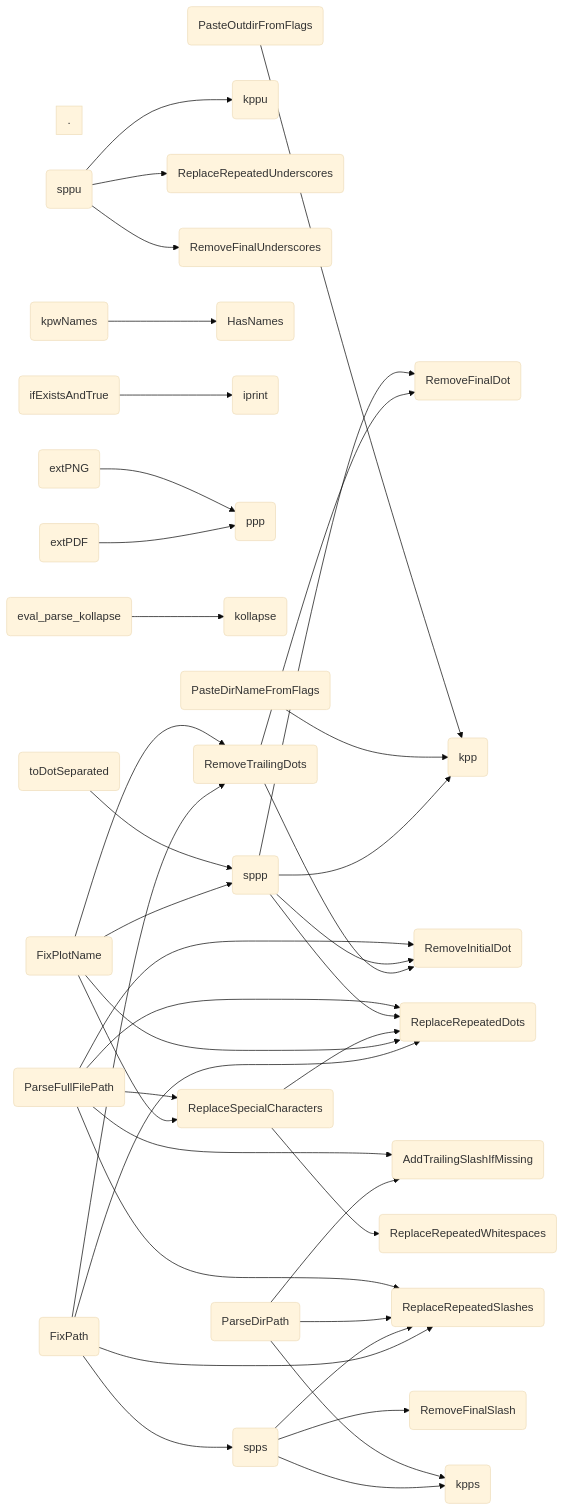
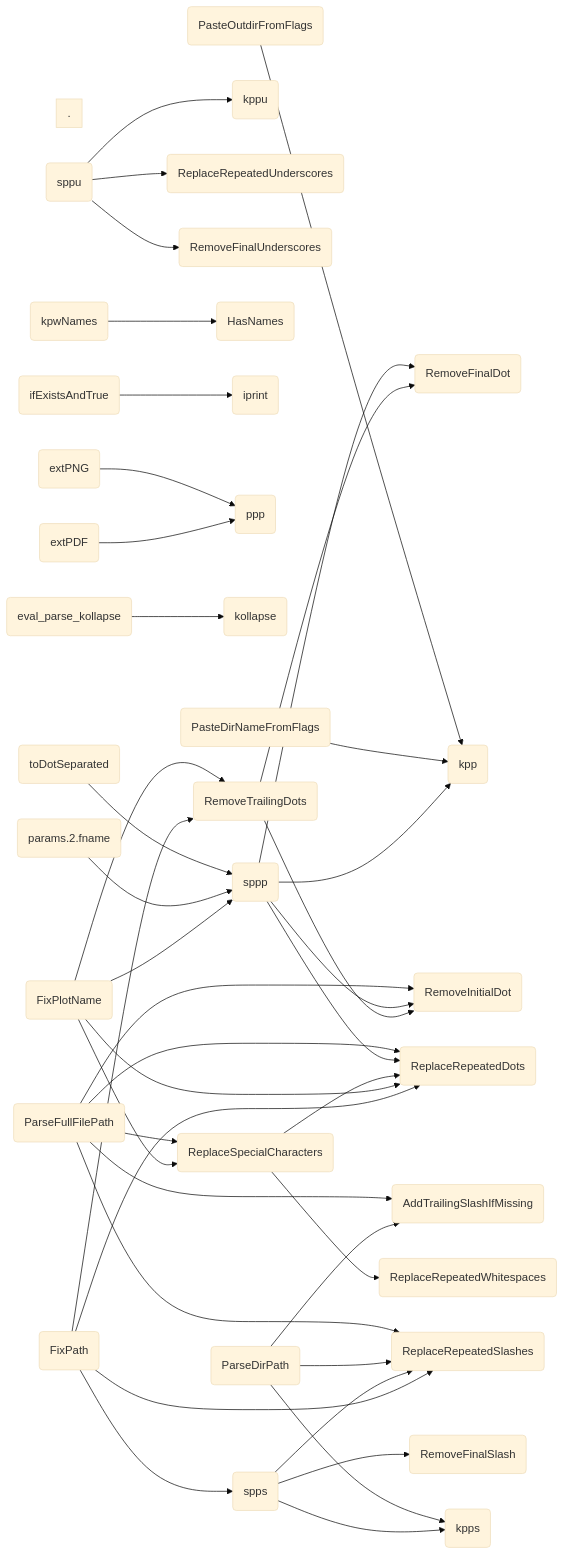
Before and after one commit to vertesy/Stringendo: the diagram in Development/Dependencies.Mermaid.md, drawn with Mermaid (base theme). The commit also changed 4 other files, not shown here.

First line of the commit message:
Restore params.2.fname() with the name-recovery fix and export

````diff
--- a/Development/Dependencies.Mermaid.md
+++ b/Development/Dependencies.Mermaid.md
@@ -3,45 +3,46 @@
 ```mermaid
  flowchart LR 
 
   toDotSeparated(toDotSeparated) --> sppp(sppp)
   sppu(sppu) --> kppu(kppu)
   sppu(sppu) --> ReplaceRepeatedUnderscores(ReplaceRepeatedUnderscores)
   sppu(sppu) --> RemoveFinalUnderscores(RemoveFinalUnderscores)
+  params.2.fname(params.2.fname) --> sppp(sppp)
   kpwNames(kpwNames) --> HasNames(HasNames)
   ifExistsAndTrue(ifExistsAndTrue) --> iprint(iprint)
   extPNG(extPNG) --> ppp(ppp)
   extPDF(extPDF) --> ppp(ppp)
   eval_parse_kollapse(eval_parse_kollapse) --> kollapse(kollapse)
   PasteOutdirFromFlags(PasteOutdirFromFlags) --> kpp(kpp)
   PasteDirNameFromFlags(PasteDirNameFromFlags) --> kpp(kpp)
   ParseFullFilePath(ParseFullFilePath) --> RemoveInitialDot(RemoveInitialDot)
   ParseFullFilePath(ParseFullFilePath) --> AddTrailingSlashIfMissing(AddTrailingSlashIfMissing)
   ParseFullFilePath(ParseFullFilePath) --> ReplaceSpecialCharacters(ReplaceSpecialCharacters)
   ParseFullFilePath(ParseFullFilePath) --> ReplaceRepeatedSlashes(ReplaceRepeatedSlashes)
   ParseFullFilePath(ParseFullFilePath) --> ReplaceRepeatedDots(ReplaceRepeatedDots)
   ParseDirPath(ParseDirPath) --> kpps(kpps)
   ParseDirPath(ParseDirPath) --> AddTrailingSlashIfMissing(AddTrailingSlashIfMissing)
   ParseDirPath(ParseDirPath) --> ReplaceRepeatedSlashes(ReplaceRepeatedSlashes)
   sppp(sppp) --> RemoveFinalDot(RemoveFinalDot)
   sppp(sppp) --> kpp(kpp)
   sppp(sppp) --> RemoveInitialDot(RemoveInitialDot)
   sppp(sppp) --> ReplaceRepeatedDots(ReplaceRepeatedDots)
   ReplaceSpecialCharacters(ReplaceSpecialCharacters) --> ReplaceRepeatedWhitespaces(ReplaceRepeatedWhitespaces)
   ReplaceSpecialCharacters(ReplaceSpecialCharacters) --> ReplaceRepeatedDots(ReplaceRepeatedDots)
   FixPlotName(FixPlotName) --> sppp(sppp)
   FixPlotName(FixPlotName) --> ReplaceSpecialCharacters(ReplaceSpecialCharacters)
   FixPlotName(FixPlotName) --> ReplaceRepeatedDots(ReplaceRepeatedDots)
   FixPlotName(FixPlotName) --> RemoveTrailingDots(RemoveTrailingDots)
   spps(spps) --> RemoveFinalSlash(RemoveFinalSlash)
   spps(spps) --> kpps(kpps)
   spps(spps) --> ReplaceRepeatedSlashes(ReplaceRepeatedSlashes)
   RemoveTrailingDots(RemoveTrailingDots) --> RemoveFinalDot(RemoveFinalDot)
   RemoveTrailingDots(RemoveTrailingDots) --> RemoveInitialDot(RemoveInitialDot)
   FixPath(FixPath) --> spps(spps)
   FixPath(FixPath) --> ReplaceRepeatedSlashes(ReplaceRepeatedSlashes)
   FixPath(FixPath) --> ReplaceRepeatedDots(ReplaceRepeatedDots)
   FixPath(FixPath) --> RemoveTrailingDots(RemoveTrailingDots)
 subgraph "."
 
 end
 ```
````
